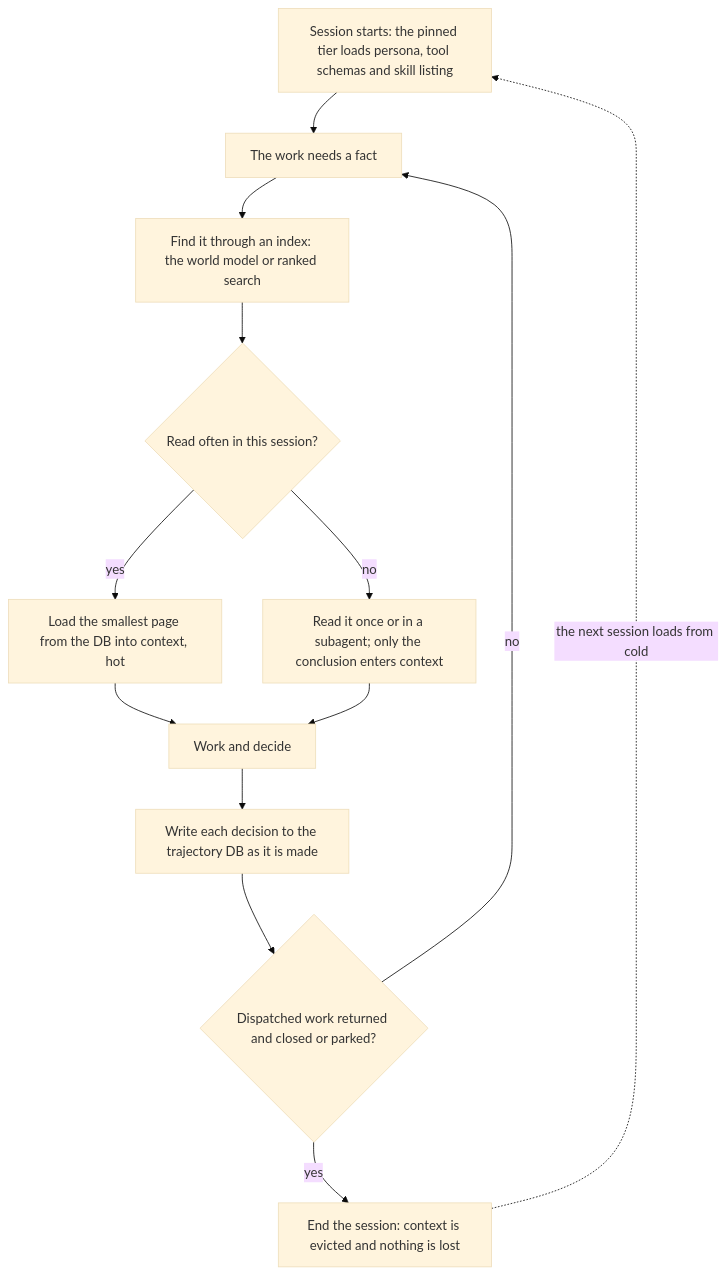
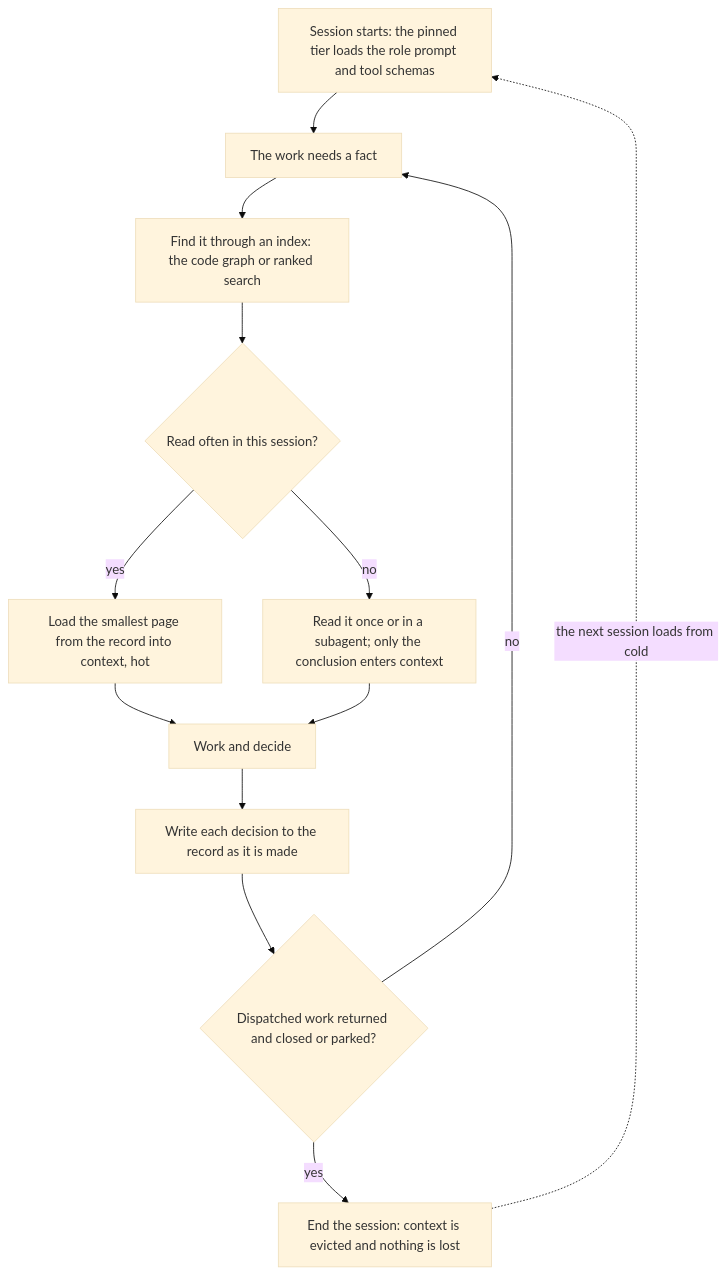
One commit to trustmybot/tmb changed the first of 4 diagrams in docs/architecture/MEMORY.md. Above: the diagram before and after it, drawn with Mermaid (base theme). The commit also changed other lines of this file and 38 other files, not shown here.

````diff
--- a/docs/architecture/MEMORY.md
+++ b/docs/architecture/MEMORY.md
@@ -17,15 +17,15 @@
 ```mermaid
 flowchart TD
-    A[Session starts: the pinned tier loads persona, tool schemas and skill listing] --> B[The work needs a fact]
-    B --> C[Find it through an index: the world model or ranked search]
+    A["Session starts: the pinned tier loads the role prompt and tool schemas"] --> B[The work needs a fact]
+    B --> C["Find it through an index: the code graph or ranked search"]
     C --> D{Read often in this session?}
-    D -- yes --> E[Load the smallest page from the DB into context, hot]
-    D -- no --> F[Read it once or in a subagent; only the conclusion enters context]
+    D -- yes --> E["Load the smallest page from the record into context, hot"]
+    D -- no --> F["Read it once or in a subagent; only the conclusion enters context"]
     E --> G[Work and decide]
     F --> G
-    G --> H[Write each decision to the trajectory DB as it is made]
+    G --> H[Write each decision to the record as it is made]
     H --> I{Dispatched work returned and closed or parked?}
     I -- no --> B
-    I -- yes --> J[End the session: context is evicted and nothing is lost]
+    I -- yes --> J["End the session: context is evicted and nothing is lost"]
     J -. the next session loads from cold .-> A
 ```
````
